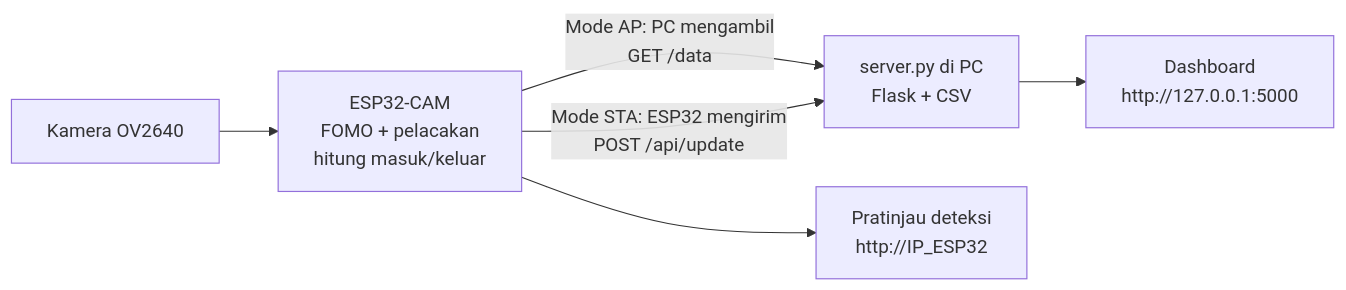
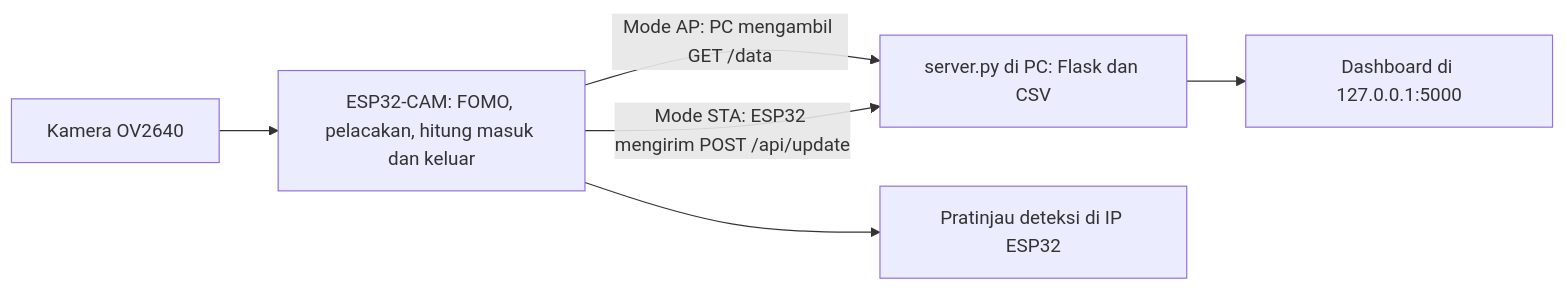
One commit to ryfialazhar/esp32cam-people-counter changed the diagram in README.md. Above: the diagram before and after it, drawn with Mermaid. The commit also changed other lines of this file, not shown here.

Commit message:
Perbaiki diagram di README

````diff
--- a/README.md
+++ b/README.md
@@ -18,8 +18,8 @@
 ```mermaid
 flowchart LR
-    A[Kamera OV2640] --> B[ESP32-CAM<br/>FOMO + pelacakan<br/>hitung masuk/keluar]
-    B -- "Mode AP: PC mengambil<br/>GET /data" --> C[server.py di PC<br/>Flask + CSV]
-    B -- "Mode STA: ESP32 mengirim<br/>POST /api/update" --> C
-    C --> D[Dashboard<br/>http://127.0.0.1:5000]
-    B --> E[Pratinjau deteksi<br/>http://IP_ESP32]
+    A[Kamera OV2640] --> B[ESP32-CAM: FOMO, pelacakan, hitung masuk dan keluar]
+    B -->|Mode AP: PC mengambil GET /data| C[server.py di PC: Flask dan CSV]
+    B -->|Mode STA: ESP32 mengirim POST /api/update| C
+    C --> D[Dashboard di 127.0.0.1:5000]
+    B --> E[Pratinjau deteksi di IP ESP32]
 ```
````
